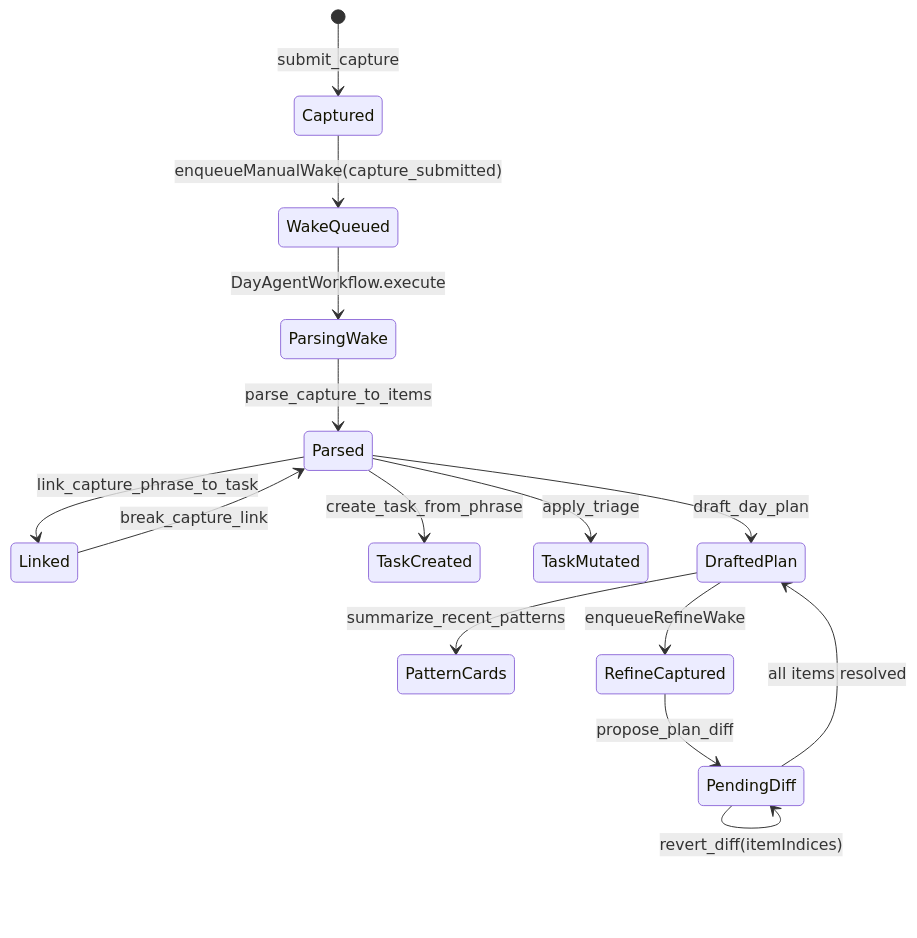
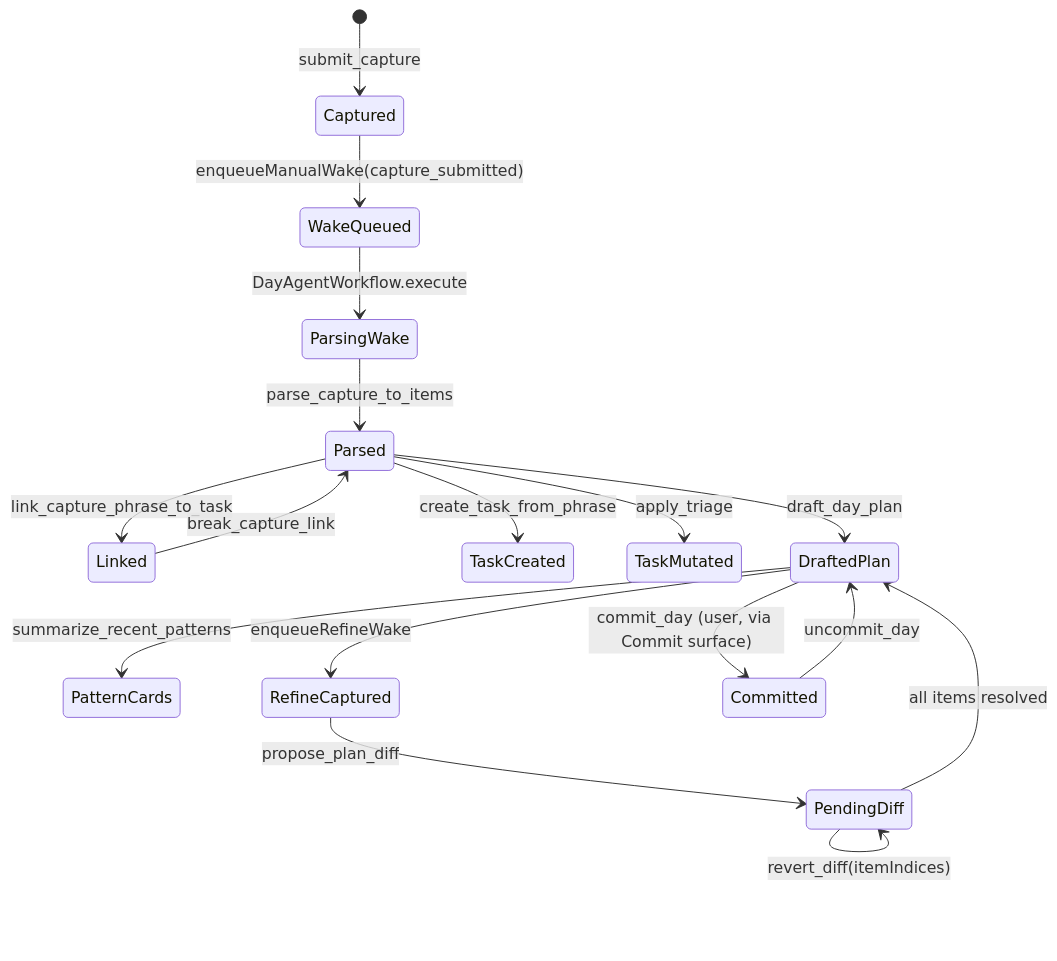
The fourth of 5 diagrams in lib/features/daily_os_next/README.md (matthiasn/lotti), drawn with Mermaid before and after one commit. The commit also changed other lines of this file and 3 other files, not shown here.

````diff
--- a/lib/features/daily_os_next/README.md
+++ b/lib/features/daily_os_next/README.md
@@ -471,18 +481,20 @@
 ```mermaid
 stateDiagram-v2
   [*] --> Captured: submit_capture
   Captured --> WakeQueued: enqueueManualWake(capture_submitted)
   WakeQueued --> ParsingWake: DayAgentWorkflow.execute
   ParsingWake --> Parsed: parse_capture_to_items
   Parsed --> Linked: link_capture_phrase_to_task
   Linked --> Parsed: break_capture_link
   Parsed --> TaskCreated: create_task_from_phrase
   Parsed --> TaskMutated: apply_triage
   Parsed --> DraftedPlan: draft_day_plan
   DraftedPlan --> PatternCards: summarize_recent_patterns
   DraftedPlan --> RefineCaptured: enqueueRefineWake
   RefineCaptured --> PendingDiff: propose_plan_diff
   PendingDiff --> PendingDiff: accept_diff(itemIndices)
   PendingDiff --> PendingDiff: revert_diff(itemIndices)
   PendingDiff --> DraftedPlan: all items resolved
+  DraftedPlan --> Committed: commit_day (user, via Commit surface)
+  Committed --> DraftedPlan: uncommit_day
 ```
````
